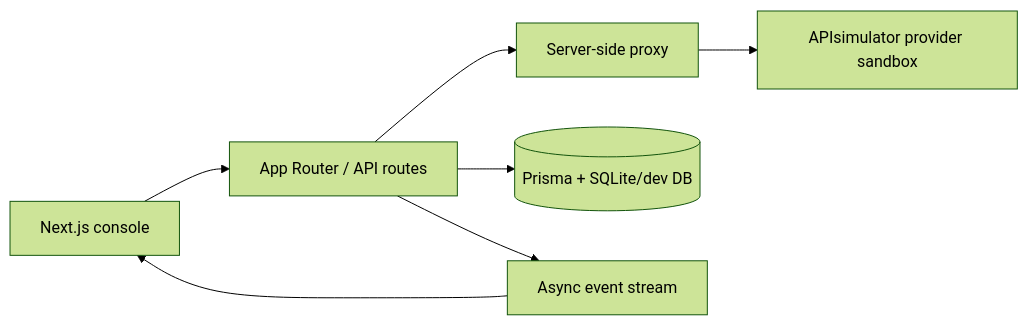
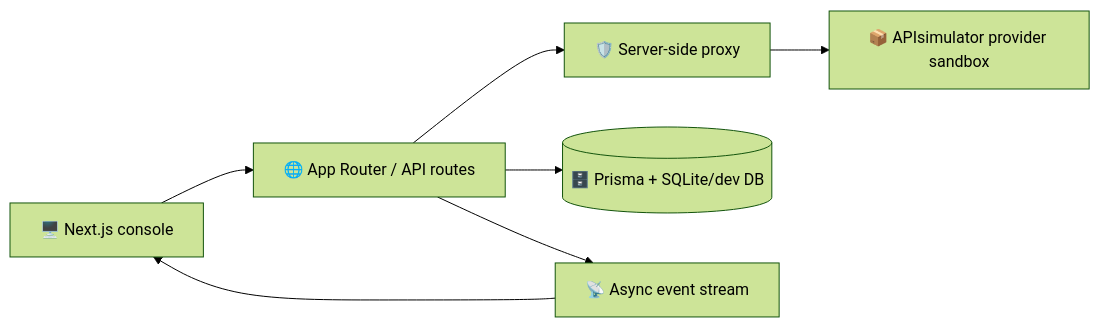
The diagram in README.md (shahriarhaqueabir/APIsimulator), drawn with Mermaid (forest theme) before and after one commit.

Commit message:
docs: add emojis to headings and mermaid diagram

````diff
--- a/README.md
+++ b/README.md
@@ -21,9 +21,9 @@
 ```mermaid
 flowchart LR
-  UI[Next.js console] --> API[App Router / API routes]
-  API --> Proxy[Server-side proxy]
-  Proxy --> Sim[APIsimulator provider sandbox]
-  API --> DB[(Prisma + SQLite/dev DB)]
-  API --> Events[Async event stream]
+  UI[🖥️ Next.js console] --> API[🌐 App Router / API routes]
+  API --> Proxy[🛡️ Server-side proxy]
+  Proxy --> Sim[📦 APIsimulator provider sandbox]
+  API --> DB[(🗄️ Prisma + SQLite/dev DB)]
+  API --> Events[📡 Async event stream]
   Events --> UI
 ```
````
